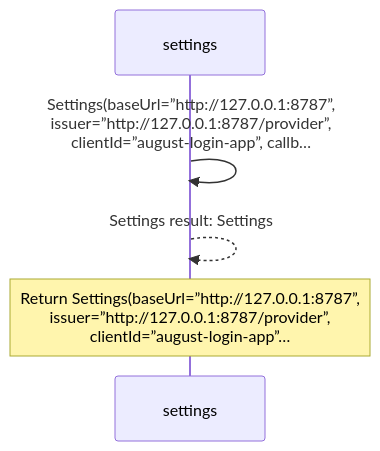
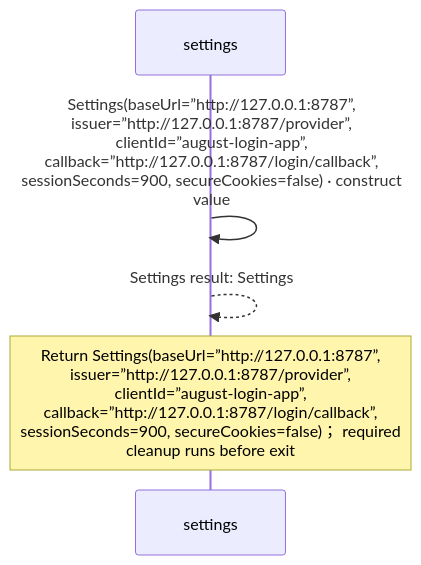
The diagram in docs/examples/oidc-login/common/settings-diagrams.md (GreenPandaStudios/augscript), drawn with Mermaid before and after one commit. The commit also changed other lines of this file and 658 other files, not shown here.

````diff
--- a/docs/examples/oidc-login/common/settings-diagrams.md
+++ b/docs/examples/oidc-login/common/settings-diagrams.md
@@ -36,8 +40,8 @@
 ```mermaid
 sequenceDiagram
     participant p0 as settings
 
-    p0->>p0: Settings(baseUrl=”http://127.0.0.1:8787”,<br/>issuer=”http://127.0.0.1:8787/provider”,<br/>clientId=”august-login-app”, callb…
+    p0->>p0: Settings(baseUrl=”http://127.0.0.1:8787”,<br/>issuer=”http://127.0.0.1:8787/provider”,<br/>clientId=”august-login-app”,<br/>callback=”http://127.0.0.1:8787/login/callback”,<br/>sessionSeconds=900, secureCookies=false) · construct<br/>value
     p0-->>p0: Settings result: Settings
-    Note over p0: Return Settings(baseUrl=”http://127.0.0.1:8787”,<br/>issuer=”http://127.0.0.1:8787/provider”,<br/>clientId=”august-login-app”…
+    Note over p0: Return Settings(baseUrl=”http://127.0.0.1:8787”,<br/>issuer=”http://127.0.0.1:8787/provider”,<br/>clientId=”august-login-app”,<br/>callback=”http://127.0.0.1:8787/login/callback”,<br/>sessionSeconds=900, secureCookies=false)； required<br/>cleanup runs before exit
 ```
````
